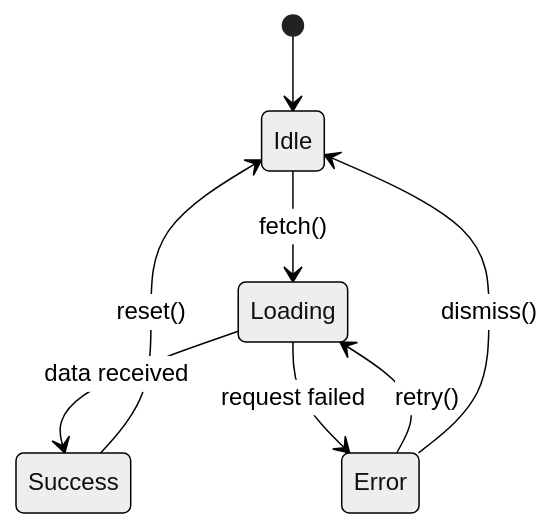
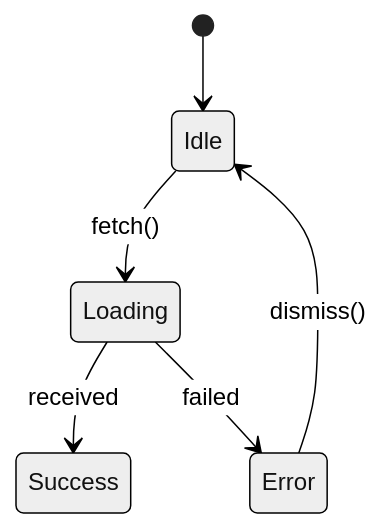
One commit to Mineru98/dev-consultant changed the fourth of 5 diagrams in agents/mermaid-designer/AGENT.md. Above: the diagram before and after it, drawn with Mermaid (neutral theme). The commit also changed other lines of this file and 4 other files, not shown here.

````diff
--- a/agents/mermaid-designer/AGENT.md
+++ b/agents/mermaid-designer/AGENT.md
@@ -107,10 +83,8 @@
 ```mermaid
 stateDiagram-v2
     [*] --> Idle
     Idle --> Loading: fetch()
-    Loading --> Success: data received
-    Loading --> Error: request failed
-    Success --> Idle: reset()
-    Error --> Loading: retry()
+    Loading --> Success: received
+    Loading --> Error: failed
     Error --> Idle: dismiss()
 ```
````
